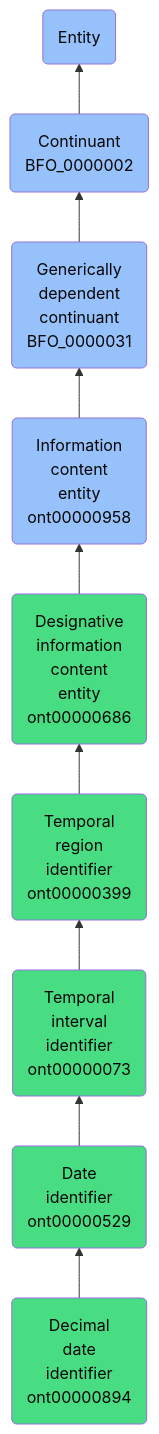
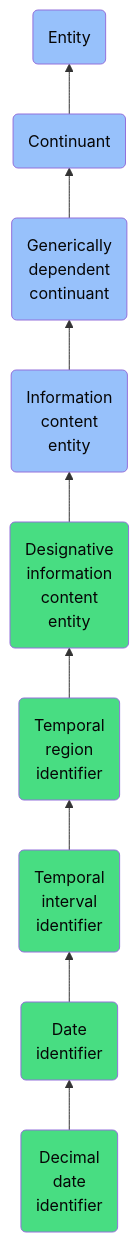
Before and after one commit to jupyter-naas/abi: the diagram in docs/ontology/reference/model/Entity/Continuant/Generically dependent continuant/Information content entity/Designative information content entity/Temporal region identifier/Temporal interval identifier/Date identifier/Decimal date identifier/Decimal date identifier.md, drawn with Mermaid. The commit also changed other lines of this file and 1430 other files, not shown here.

````diff
--- a/docs/ontology/reference/model/Entity/Continuant/Generically dependent continuant/Information content entity/Designative information content entity/Temporal region identifier/Temporal interval identifier/Date identifier/Decimal date identifier/Decimal date identifier.md
+++ b/docs/ontology/reference/model/Entity/Continuant/Generically dependent continuant/Information content entity/Designative information content entity/Temporal region identifier/Temporal interval identifier/Date identifier/Decimal date identifier/Decimal date identifier.md
@@ -24,16 +24,16 @@
 ```mermaid
 graph BT
-    ont00000894(Decimal<br>date<br>identifier<br>ont00000894):::ABI-->ont00000529
-    ont00000529(Date<br>identifier<br>ont00000529):::ABI-->ont00000073
-    ont00000073(Temporal<br>interval<br>identifier<br>ont00000073):::ABI-->ont00000399
-    ont00000399(Temporal<br>region<br>identifier<br>ont00000399):::ABI-->ont00000686
-    ont00000686(Designative<br>information<br>content<br>entity<br>ont00000686):::ABI-->ont00000958
-    ont00000958(Information<br>content<br>entity<br>ont00000958):::BFO-->BFO_0000031
-    BFO_0000031(Generically<br>dependent<br>continuant<br>BFO_0000031):::BFO-->BFO_0000002
-    BFO_0000002(Continuant<br>BFO_0000002):::BFO-->BFO_0000001
+    ont00000894(Decimal<br>date<br>identifier):::ABI-->ont00000529
+    ont00000529(Date<br>identifier):::ABI-->ont00000073
+    ont00000073(Temporal<br>interval<br>identifier):::ABI-->ont00000399
+    ont00000399(Temporal<br>region<br>identifier):::ABI-->ont00000686
+    ont00000686(Designative<br>information<br>content<br>entity):::ABI-->ont00000958
+    ont00000958(Information<br>content<br>entity):::BFO-->BFO_0000031
+    BFO_0000031(Generically<br>dependent<br>continuant):::BFO-->BFO_0000002
+    BFO_0000002(Continuant):::BFO-->BFO_0000001
     BFO_0000001(Entity):::BFO
     
     classDef BFO fill:#97c1fb,color:#060606
     classDef CCO fill:#e4c51e,color:#060606
     classDef ABI fill:#48DD82,color:#060606
 ```
````
